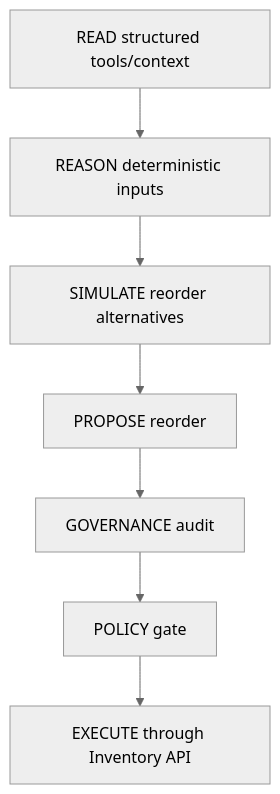
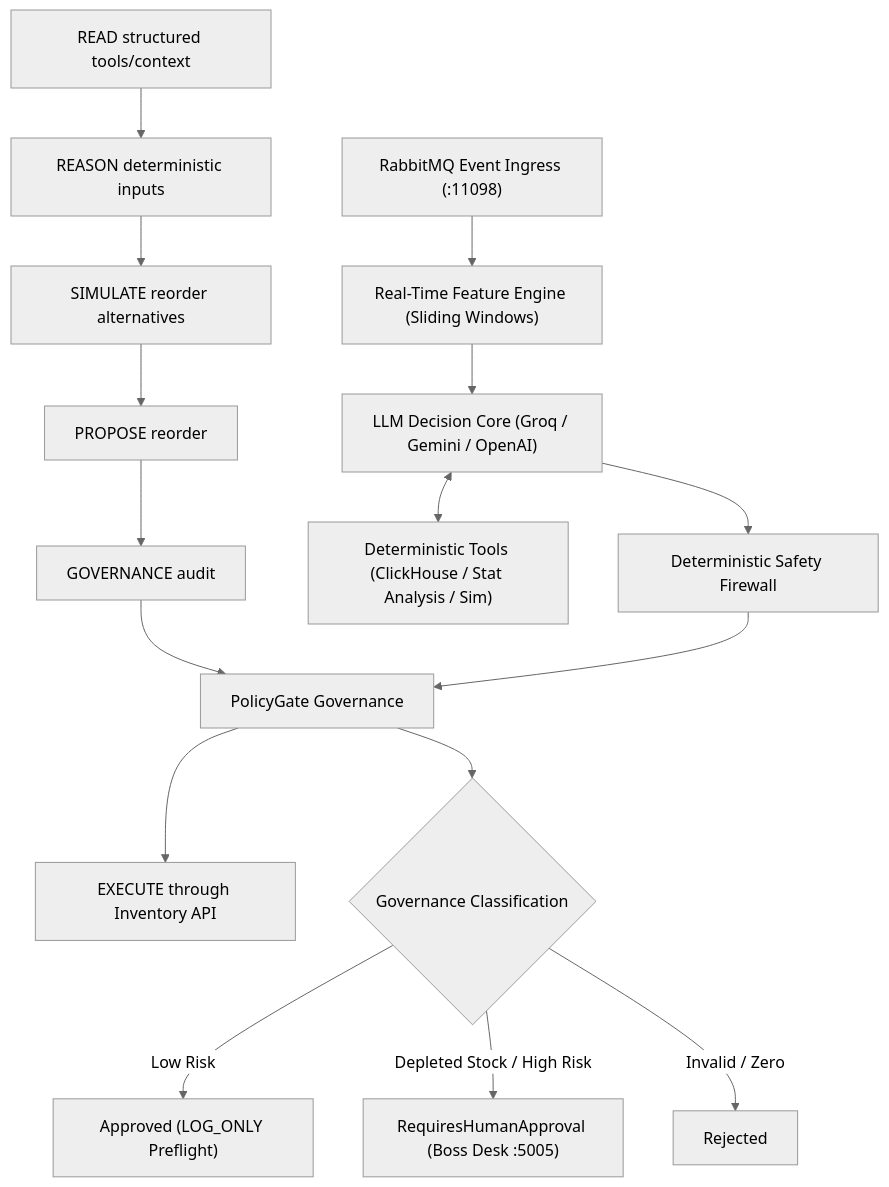
Before and after one commit to Clearleaff/Replenishment-Engine: the fourth of 6 diagrams in docs/architecture.md, drawn with Mermaid (neutral theme). The commit also changed other lines of this file and 28 other files, not shown here.

````diff
--- a/docs/architecture.md
+++ b/docs/architecture.md
@@ -75,9 +78,18 @@
 ```mermaid
 flowchart TD
     Read[READ structured tools/context] --> Reason[REASON deterministic inputs]
     Reason --> Simulate[SIMULATE reorder alternatives]
     Simulate --> Propose[PROPOSE reorder]
     Propose --> Governance[GOVERNANCE audit]
     Governance --> Policy[POLICY gate]
     Policy --> Execute[EXECUTE through Inventory API]
+    Ingress["RabbitMQ Event Ingress (:11098)"] --> Features["Real-Time Feature Engine (Sliding Windows)"]
+    Features --> LLM["LLM Decision Core (Groq / Gemini / OpenAI)"]
+    LLM <--> Tools["Deterministic Tools (ClickHouse / Stat Analysis / Sim)"]
+    LLM --> Firewall["Deterministic Safety Firewall"]
+    Firewall --> Policy["PolicyGate Governance"]
+    Policy --> Outcome{"Governance Classification"}
+    Outcome -- Low Risk --> Auto["Approved (LOG_ONLY Preflight)"]
+    Outcome -- Depleted Stock / High Risk --> Boss["RequiresHumanApproval (Boss Desk :5005)"]
+    Outcome -- Invalid / Zero --> Reject["Rejected"]
 ```
````
